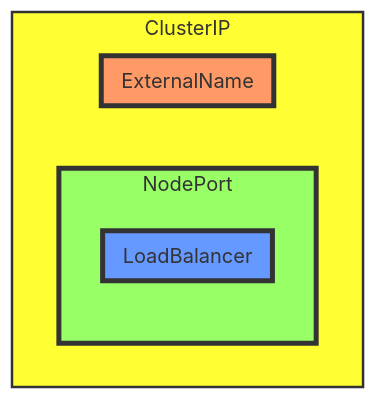
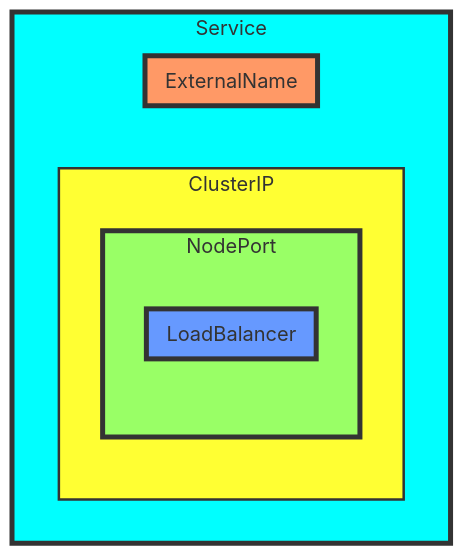
The fourth of 5 diagrams in content/023_services/_index.md (amcginlay/k8s-primer), drawn with Mermaid before and after one commit. The commit also changed other lines of this file, not shown here.

Commit message:
revised Service type summary, Venn, and taxonomy

```diff
--- a/content/023_services/_index.md
+++ b/content/023_services/_index.md
@@ -316,20 +317,24 @@
 {{< mermaid >}}
 graph TB
-subgraph ClusterIP
-  subgraph NodePort
-    subgraph LoadBalancer
+subgraph Service
+  subgraph ClusterIP
+    subgraph NodePort
+      subgraph LoadBalancer
+      end
     end
-  end
+  end 
   subgraph ExternalName
   end
 end 
 
 classDef green fill:#9f6,stroke:#333,stroke-width:4px;
 classDef orange fill:#f96,stroke:#333,stroke-width:4px;
 classDef blue fill:#69f,stroke:#333,stroke-width:4px;
 classDef yellow fill:#ff3,stroke:#333,stroke-width:2px;
+classDef cyan fill:#0ff,stroke:#333,stroke-width:4px;
 class ClusterIP yellow;
 class NodePort green;
 class LoadBalancer blue;
 class ExternalName orange;
+class Service cyan;
 {{< /mermaid >}}
```
